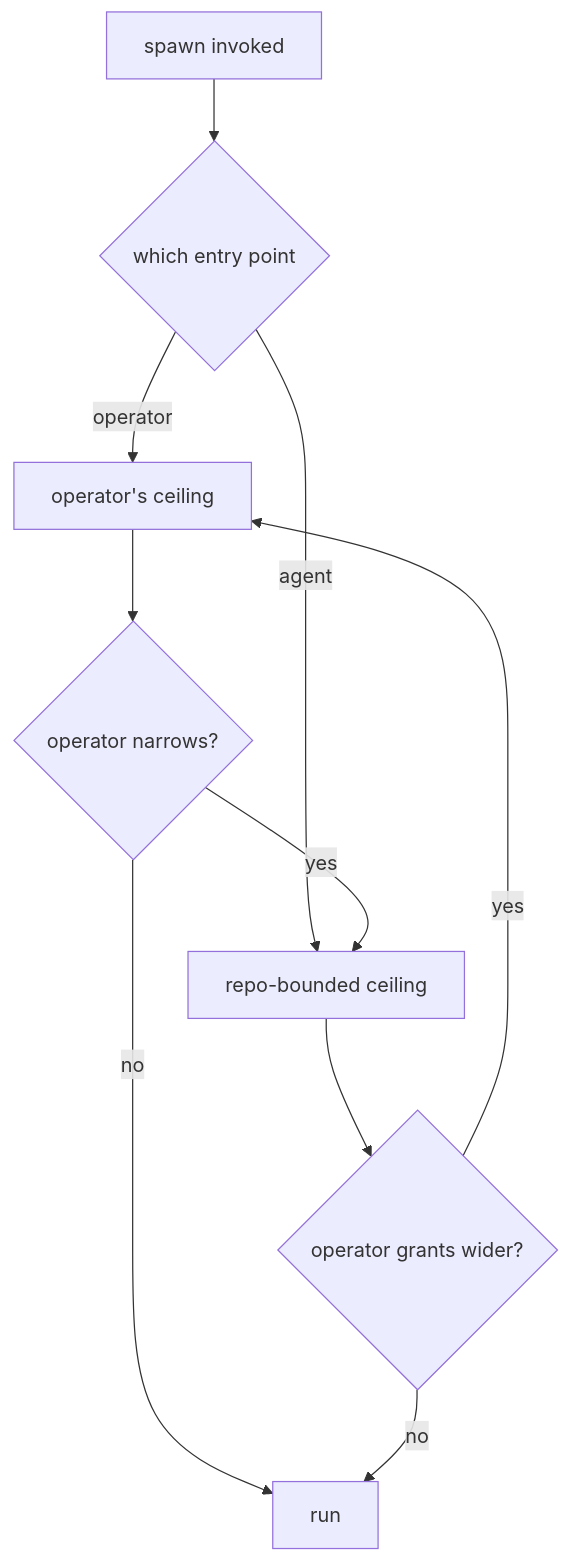
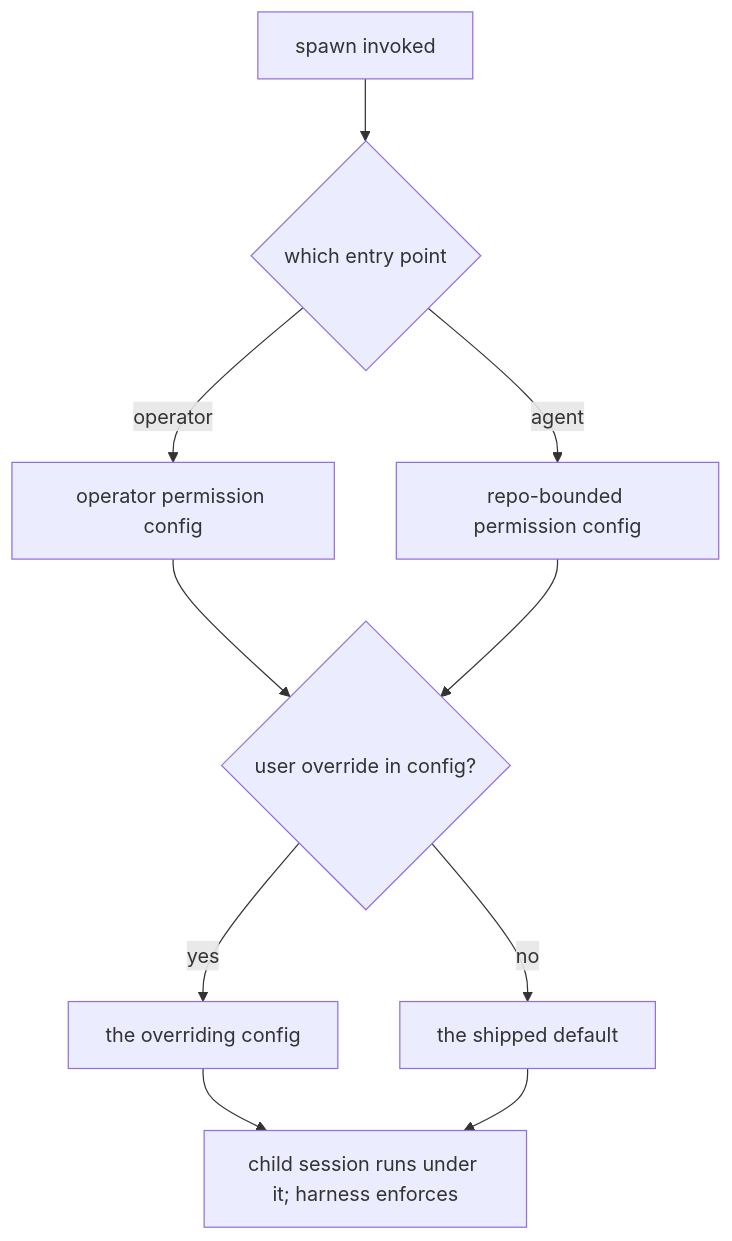
One commit to shawnroos/shrimpshack changed the diagram in docs/plans/2026-08-07-001-feat-spawn-surfaces-plan.md. Above: the diagram before and after it, drawn with Mermaid. The commit also changed other lines of this file, not shown here.

````diff
--- a/docs/plans/2026-08-07-001-feat-spawn-surfaces-plan.md
+++ b/docs/plans/2026-08-07-001-feat-spawn-surfaces-plan.md
@@ -135,12 +140,12 @@
 ```mermaid
 flowchart TB
   A[spawn invoked] --> B{which entry point}
-  B -->|operator| C[operator's ceiling]
-  B -->|agent| D[repo-bounded ceiling]
-  C --> E{operator narrows?}
-  D --> F{operator grants wider?}
-  E -->|yes| D
-  E -->|no| G[run]
-  F -->|yes| C
-  F -->|no| G
+  B -->|operator| C[operator permission config]
+  B -->|agent| D[repo-bounded permission config]
+  C --> E{user override in config?}
+  D --> E
+  E -->|yes| F[the overriding config]
+  E -->|no| G[the shipped default]
+  F --> H[child session runs under it; harness enforces]
+  G --> H
 ```
````
